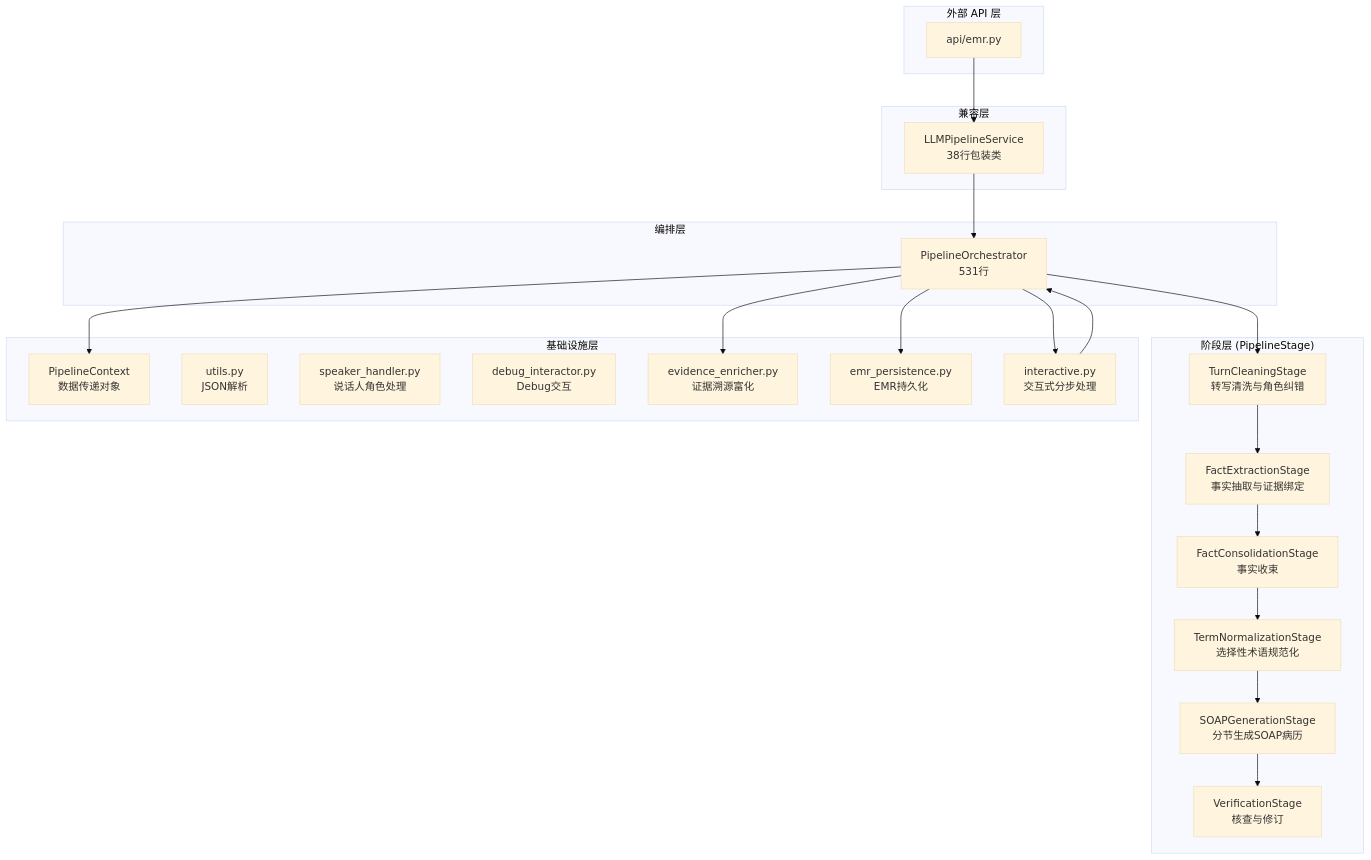
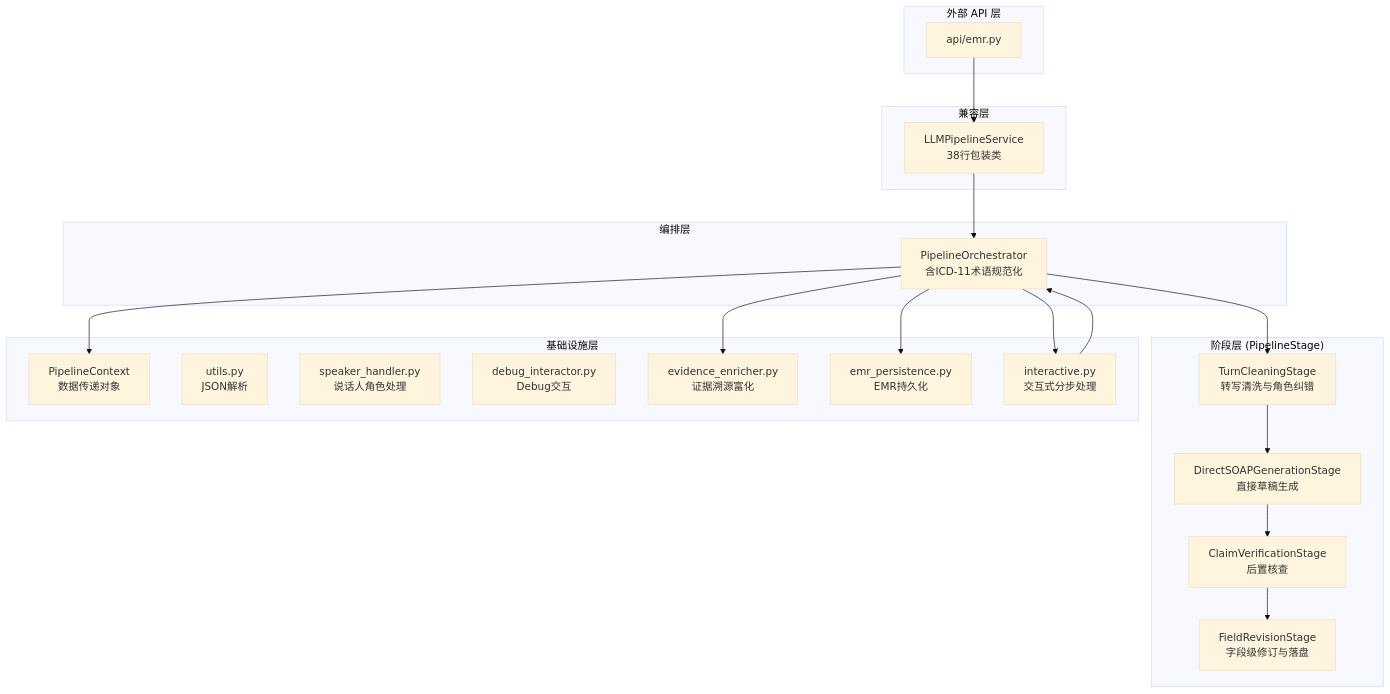
One commit to LiGaohe/MedicalAssistant changed diagram 22 of 26 in docs/architecture.md. Above: the diagram before and after it, drawn with Mermaid (base theme). The commit also changed other lines of this file and 23 other files, not shown here.

````diff
--- a/docs/architecture.md
+++ b/docs/architecture.md
@@ -1136,47 +1170,43 @@
 ```mermaid
 graph TB
     subgraph "外部 API 层"
         EMR_API[api/emr.py]
     end
 
     subgraph "兼容层"
         LSP[LLMPipelineService<br/>38行包装类]
     end
 
     subgraph "编排层"
-        ORC[PipelineOrchestrator<br/>531行]
+        ORC[PipelineOrchestrator<br/>含ICD-11术语规范化]
     end
 
     subgraph "阶段层 (PipelineStage)"
         TCS[TurnCleaningStage<br/>转写清洗与角色纠错]
-        FES[FactExtractionStage<br/>事实抽取与证据绑定]
-        FCS[FactConsolidationStage<br/>事实收束]
-        TNS[TermNormalizationStage<br/>选择性术语规范化]
-        SGS[SOAPGenerationStage<br/>分节生成SOAP病历]
-        VS[VerificationStage<br/>核查与修订]
+        DSG[DirectSOAPGenerationStage<br/>直接草稿生成]
+        CVS[ClaimVerificationStage<br/>后置核查]
+        FRS[FieldRevisionStage<br/>字段级修订与落盘]
     end
 
     subgraph "基础设施层"
         CTX[PipelineContext<br/>数据传递对象]
         UTIL[utils.py<br/>JSON解析]
         SPK[speaker_handler.py<br/>说话人角色处理]
         DBG[debug_interactor.py<br/>Debug交互]
         EVI[evidence_enricher.py<br/>证据溯源富化]
         EMR_P[emr_persistence.py<br/>EMR持久化]
         INT[interactive.py<br/>交互式分步处理]
     end
 
     EMR_API --> LSP
     LSP --> ORC
     ORC --> TCS
-    TCS --> FES
-    FES --> FCS
-    FCS --> TNS
-    TNS --> SGS
-    SGS --> VS
+    TCS --> DSG
+    DSG --> CVS
+    CVS --> FRS
     ORC --> CTX
     ORC --> EMR_P
     ORC --> EVI
     ORC --> INT
     INT --> ORC
 ```
````
